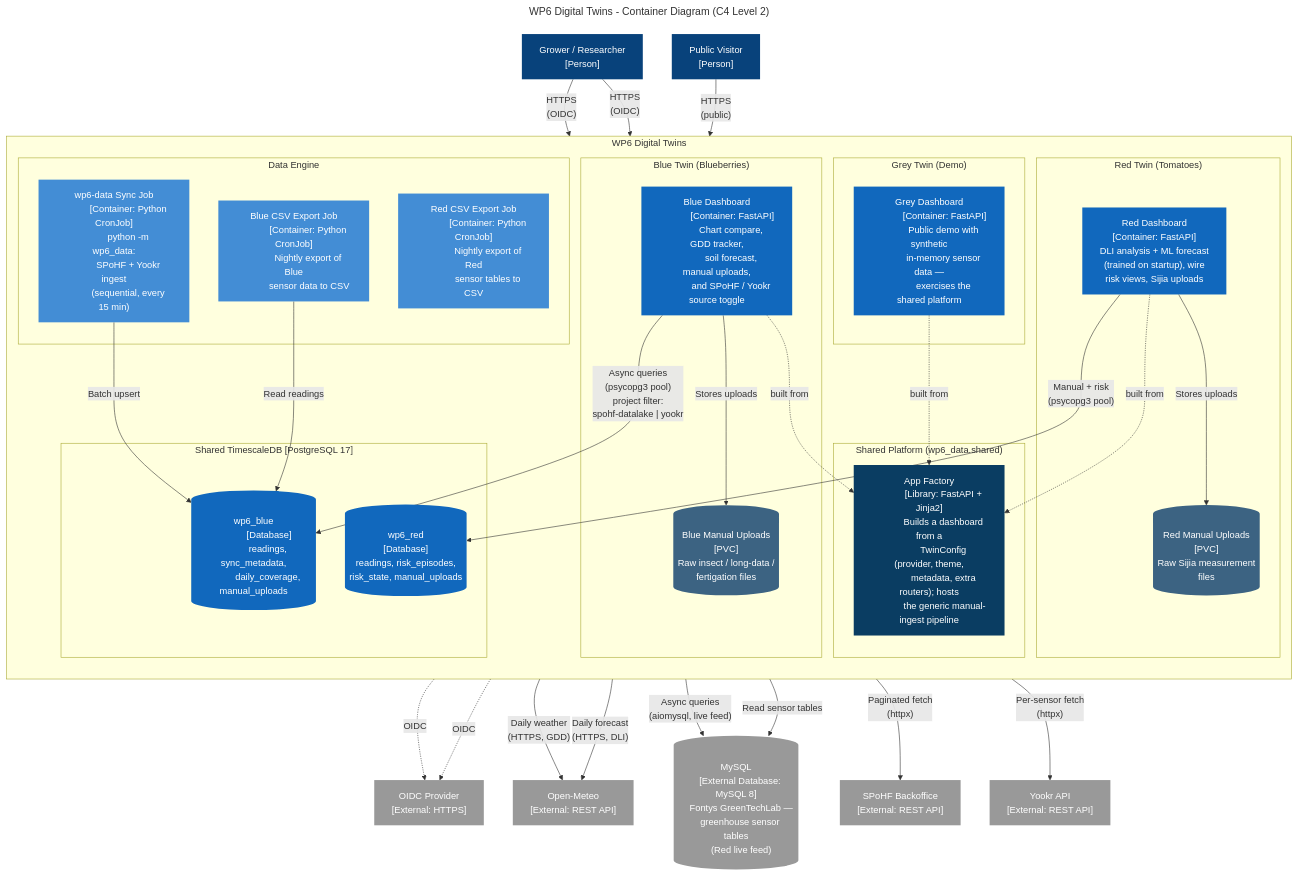
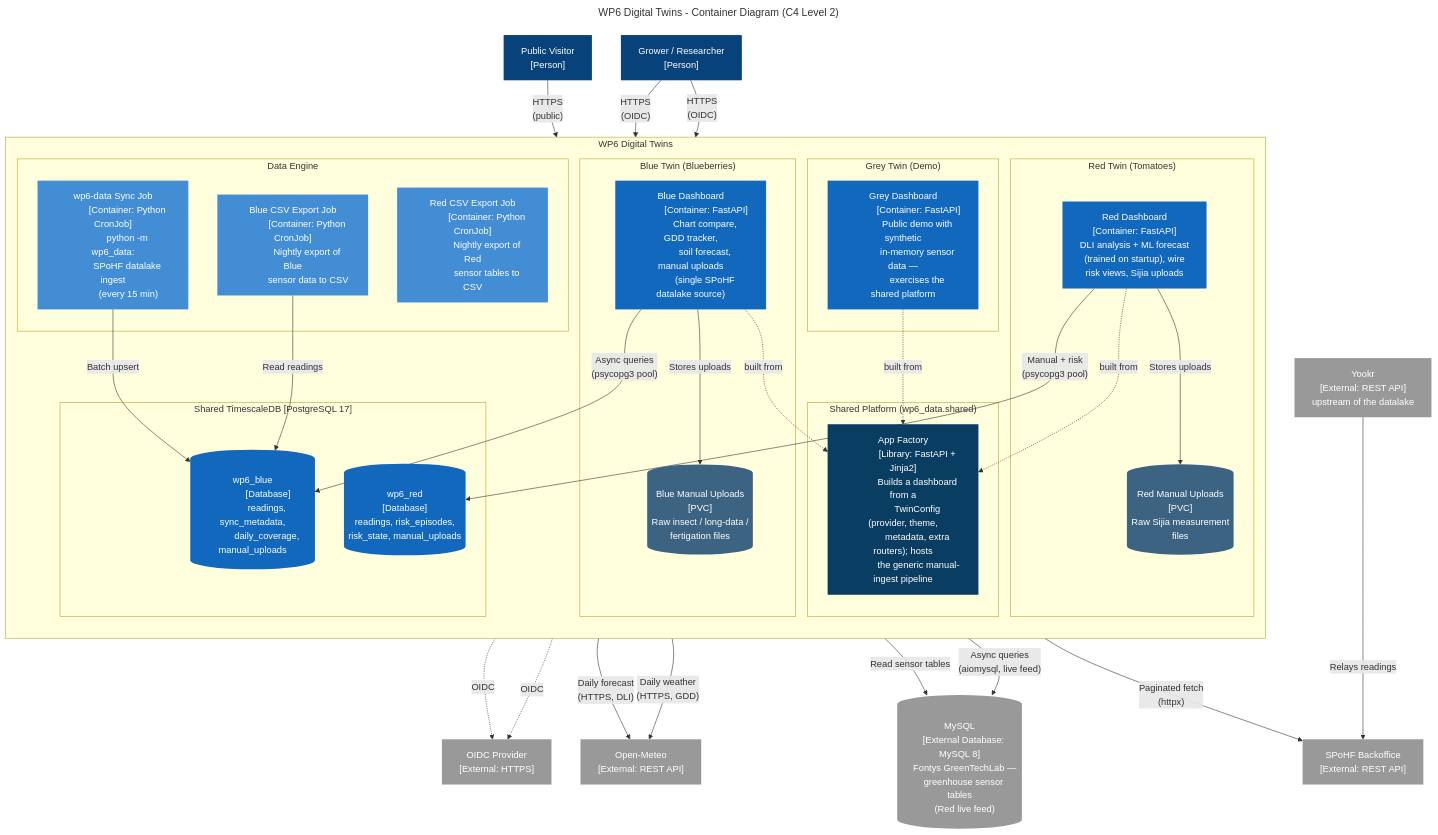
One commit to SPOHF/SPoHF-WP6-Twins changed the second of 4 diagrams in docs/architecture/index.md. Above: the diagram before and after it, drawn with Mermaid. The commit also changed other lines of this file and 11 other files, not shown here.

First line of the commit message:
docs: record the completed yookr-direct retirement; re-enable sync

```diff
--- a/docs/architecture/index.md
+++ b/docs/architecture/index.md
@@ -158,8 +159,8 @@
             blue_dash["Blue Dashboard
             [Container: FastAPI]
             Chart compare, GDD tracker,
-            soil forecast, manual uploads,
-            and SPoHF / Yookr source toggle"]:::container
+            soil forecast, manual uploads
+            (single SPoHF datalake source)"]:::container
             blue_uploads[("Blue Manual Uploads
             [PVC]
             Raw insect / long-data /
@@ -190,8 +191,8 @@
             sync_job["wp6-data Sync Job
             [Container: Python CronJob]
             python -m wp6_data:
-            SPoHF + Yookr ingest
-            (sequential, every 15 min)"]:::cronjob
+            SPoHF datalake ingest
+            (every 15 min)"]:::cronjob
 
             blue_export["Blue CSV Export Job
             [Container: Python CronJob]
@@ -224,8 +225,9 @@
 
     spohf["SPoHF Backoffice
     [External: REST API]"]:::external
-    yookr["Yookr API
-    [External: REST API]"]:::external
+    yookr["Yookr
+    [External: REST API]
+    upstream of the datalake"]:::external
     openmeteo["Open-Meteo
     [External: REST API]"]:::external
     oidc["OIDC Provider
@@ -246,7 +248,7 @@
     grey_dash -.->|"built from"| app_factory
 
     %% Blue data access
-    blue_dash -->|"Async queries\n(psycopg3 pool)\nproject filter:\nspohf-datalake | yookr"| tsdb_blue
+    blue_dash -->|"Async queries\n(psycopg3 pool)"| tsdb_blue
     blue_dash -->|"Daily weather\n(HTTPS, GDD)"| openmeteo
     blue_dash -->|"Stores uploads"| blue_uploads
 
@@ -257,10 +259,10 @@
     red_dash -->|"Stores uploads"| red_uploads
     %% grey_dash has no datastore (in-memory)
 
-    %% Sync job (single process runs both ingests sequentially)
+    %% Sync job (datalake only; bisects windows past the relay's 10k result cap)
     sync_job -->|"Paginated fetch\n(httpx)"| spohf
-    sync_job -->|"Per-sensor fetch\n(httpx)"| yookr
     sync_job -->|"Batch upsert"| tsdb_blue
+    yookr -->|"Relays readings"| spohf
 
     %% Export jobs
     blue_export -->|"Read readings"| tsdb_blue
```
